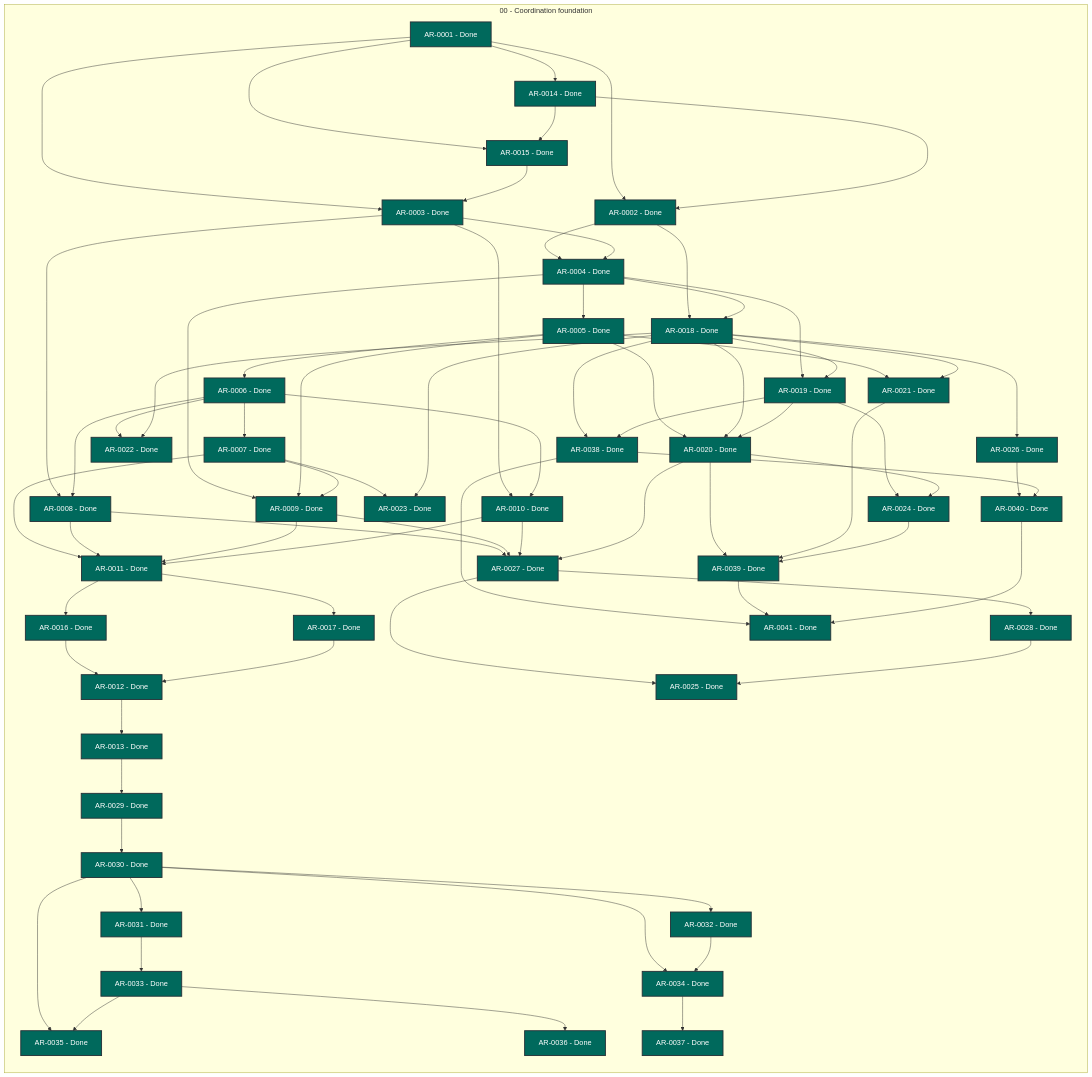
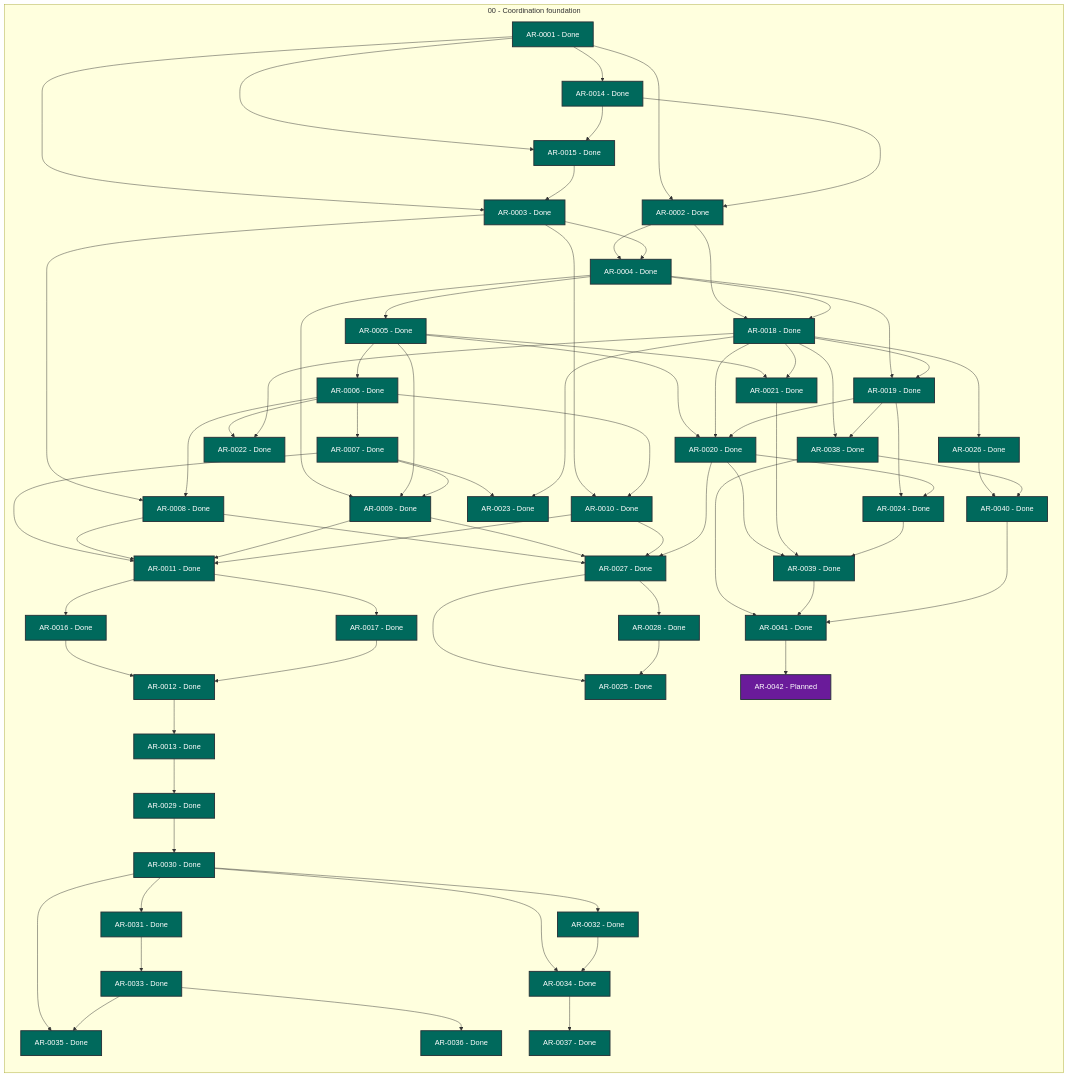
Before and after one commit to martin-beck/agent-workflow-tui-state: the diagram in STATUS.md, drawn with Mermaid. The commit also changed other lines of this file and 2 other files, not shown here.

```diff
--- a/STATUS.md
+++ b/STATUS.md
@@ -69,6 +69,7 @@
         AR_0039["AR-0039 - Done"]:::status_done
         AR_0040["AR-0040 - Done"]:::status_done
         AR_0041["AR-0041 - Done"]:::status_done
+        AR_0042["AR-0042 - Planned"]:::status_planned
     end
     AR_0001 --> AR_0002
     AR_0001 --> AR_0003
@@ -142,6 +143,7 @@
     AR_0038 --> AR_0041
     AR_0039 --> AR_0041
     AR_0040 --> AR_0041
+    AR_0041 --> AR_0042
     classDef status_in_progress fill:#1565c0,color:#ffffff,stroke:#263238,stroke-width:2px
     classDef status_open fill:#2e7d32,color:#ffffff,stroke:#263238,stroke-width:2px
     classDef status_blocked fill:#c62828,color:#ffffff,stroke:#263238,stroke-width:2px
```
